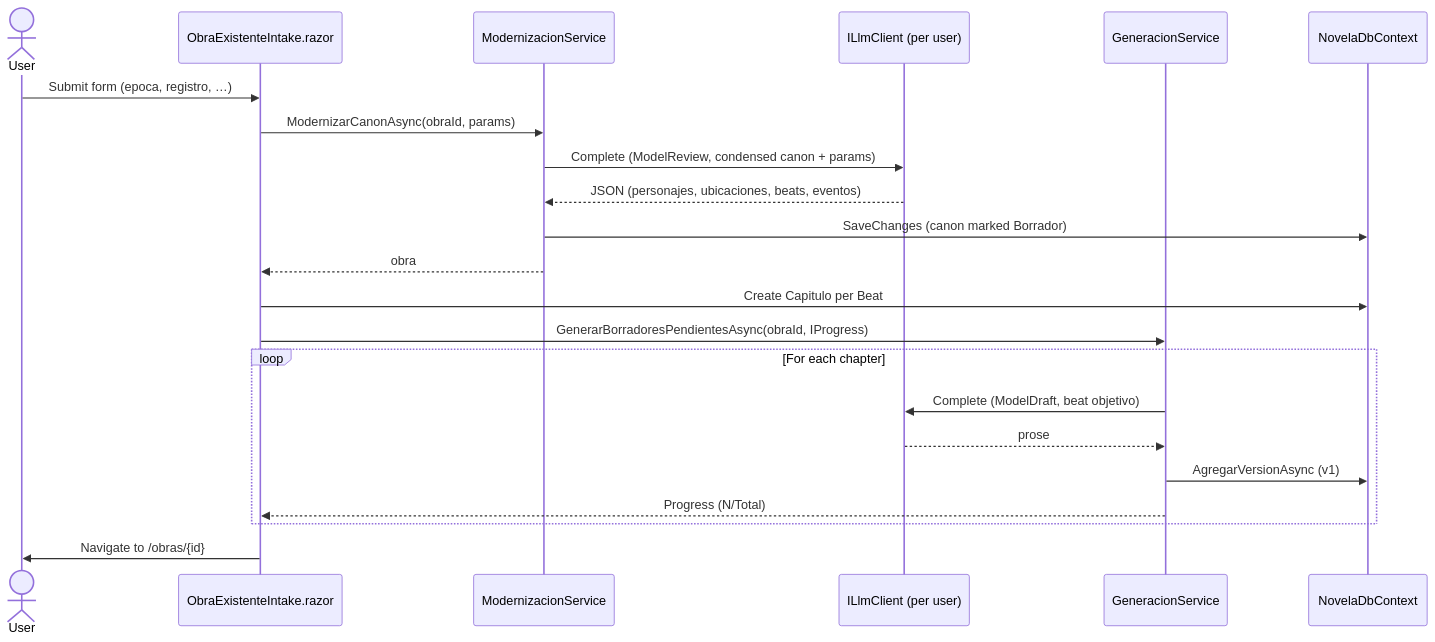
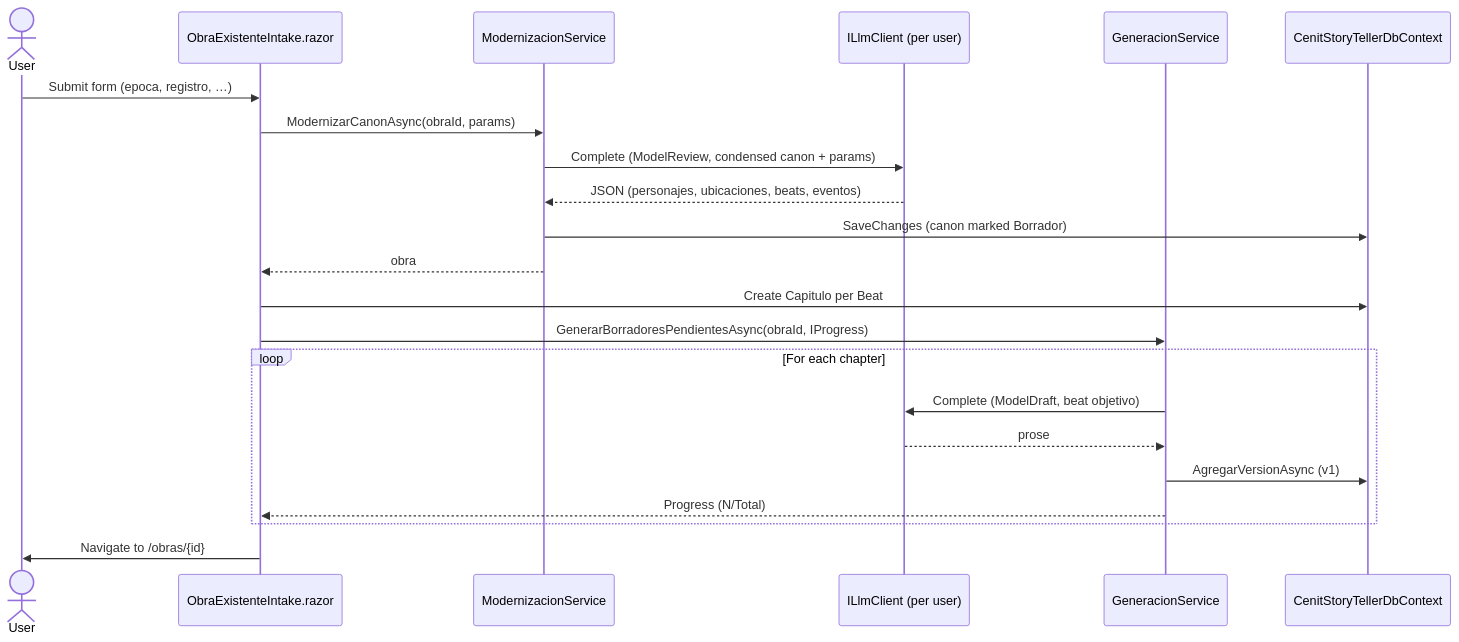
The second of 8 diagrams in docs/architecture.md (CenitLabs-mx/CenitStoryTeller), drawn with Mermaid before and after one commit. The commit also changed other lines of this file and 42 other files, not shown here.

````diff
--- a/docs/architecture.md
+++ b/docs/architecture.md
@@ -86,27 +86,27 @@
 ```mermaid
 sequenceDiagram
     actor User
     participant UI as ObraExistenteIntake.razor
     participant ModSvc as ModernizacionService
     participant LLM as ILlmClient (per user)
     participant GenSvc as GeneracionService
-    participant DB as NovelaDbContext
+    participant DB as CenitStoryTellerDbContext
 
     User->>UI: Submit form (epoca, registro, …)
     UI->>ModSvc: ModernizarCanonAsync(obraId, params)
     ModSvc->>LLM: Complete (ModelReview, condensed canon + params)
     LLM-->>ModSvc: JSON (personajes, ubicaciones, beats, eventos)
     ModSvc->>DB: SaveChanges (canon marked Borrador)
     ModSvc-->>UI: obra
     UI->>DB: Create Capitulo per Beat
     UI->>GenSvc: GenerarBorradoresPendientesAsync(obraId, IProgress)
 
     loop For each chapter
         GenSvc->>LLM: Complete (ModelDraft, beat objetivo)
         LLM-->>GenSvc: prose
         GenSvc->>DB: AgregarVersionAsync (v1)
         GenSvc-->>UI: Progress (N/Total)
     end
 
     UI->>User: Navigate to /obras/{id}
 ```
````
